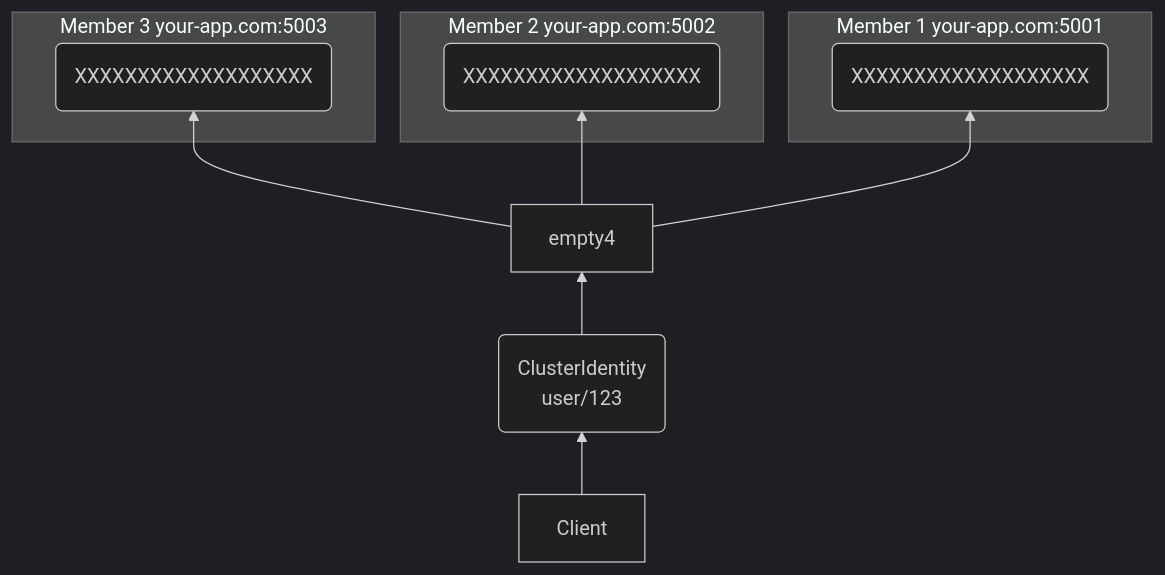
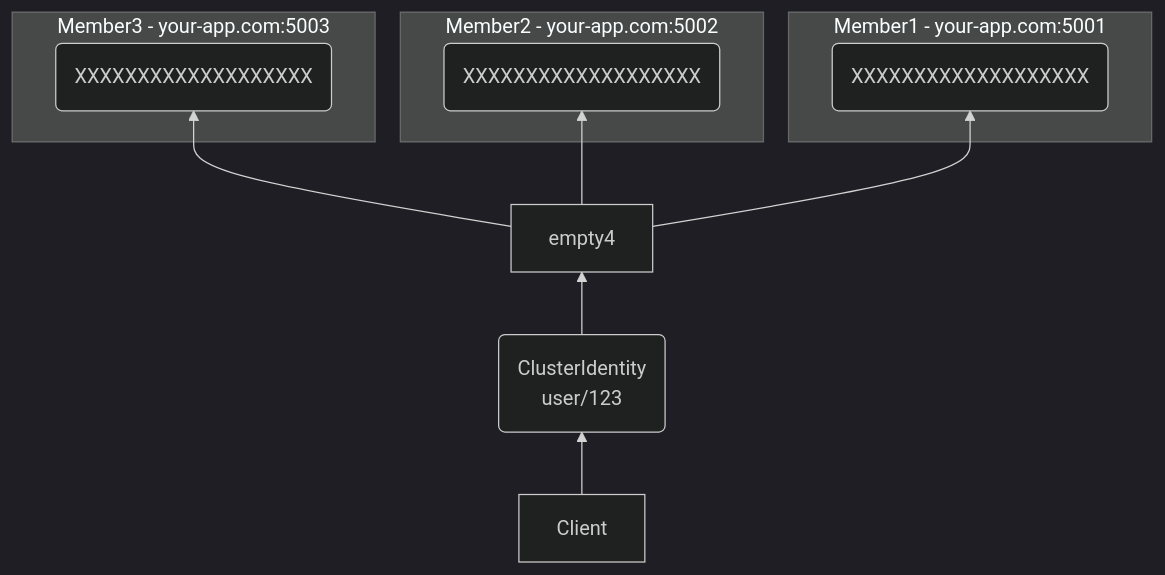
Before and after one commit to asynkron/protoactor-website: the first of 3 diagrams in hugo/content/docs/cluster.md, drawn with Mermaid (dark theme). The commit also changed other lines of this file and 1 other file, not shown here.

````diff
--- a/hugo/content/docs/cluster.md
+++ b/hugo/content/docs/cluster.md
@@ -60,25 +60,25 @@
 ```mermaid
 graph BT;
     empty1(XXXXXXXXXXXXXXXXXXX)
     empty2(XXXXXXXXXXXXXXXXXXX)
     empty3(XXXXXXXXXXXXXXXXXXX)
 
     ClusterIdentity(ClusterIdentity <br/> user/123)
-    subgraph "Member 1 your-app.com:5001"
+    subgraph Member1[Member1 - your-app.com:5001]
         empty1
     end
-    subgraph "Member 2 your-app.com:5002"
+    subgraph Member2[Member2 - your-app.com:5002]
         empty2
     end
-    subgraph "Member 3 your-app.com:5003"
+    subgraph Member3[Member3 - your-app.com:5003]
         empty3
     end
 
 
 Client --> ClusterIdentity
 ClusterIdentity --> empty4
 empty4 --> empty1
 empty4 --> empty2
 empty4 --> empty3
 
 ```
````
